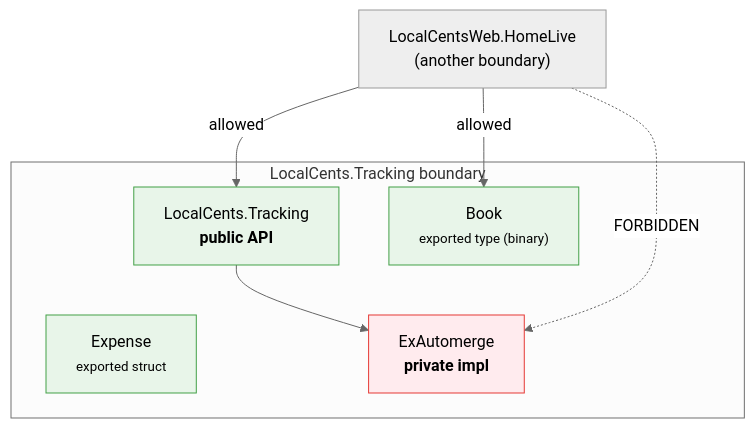
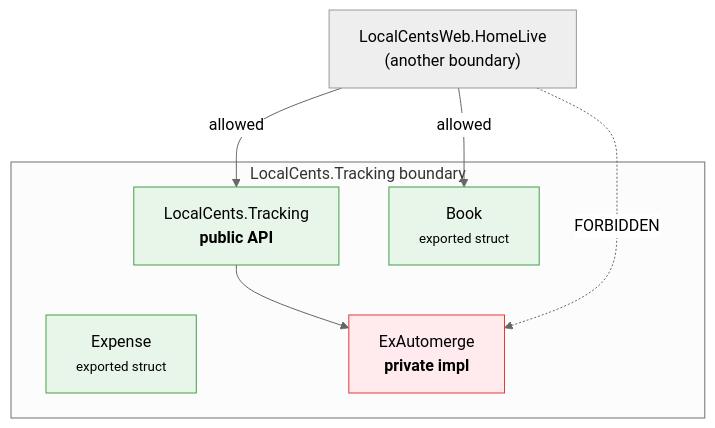
The second of 2 diagrams in docs/module-boundaries.md (zorn/local_cents), drawn with Mermaid (neutral theme) before and after one commit. The commit also changed other lines of this file, not shown here.

````diff
--- a/docs/module-boundaries.md
+++ b/docs/module-boundaries.md
@@ -107,22 +108,22 @@
 ```mermaid
 graph TD
     subgraph tracking["LocalCents.Tracking boundary"]
         API["LocalCents.Tracking<br/><b>public API</b>"]
-        Book["Book<br/><small>exported type (binary)</small>"]
+        Book["Book<br/><small>exported struct</small>"]
         Expense["Expense<br/><small>exported struct</small>"]
         ExAutomerge["ExAutomerge<br/><b>private impl</b>"]
 
         API --> ExAutomerge
     end
 
     Caller["LocalCentsWeb.HomeLive<br/>(another boundary)"]
 
     Caller -->|allowed| API
     Caller -->|allowed| Book
     Caller -.->|FORBIDDEN| ExAutomerge
 
     classDef ok fill:#e8f5e9,stroke:#43a047;
     classDef bad fill:#ffebee,stroke:#e53935;
     class API,Book,Expense ok;
     class ExAutomerge bad;
 ```
````
